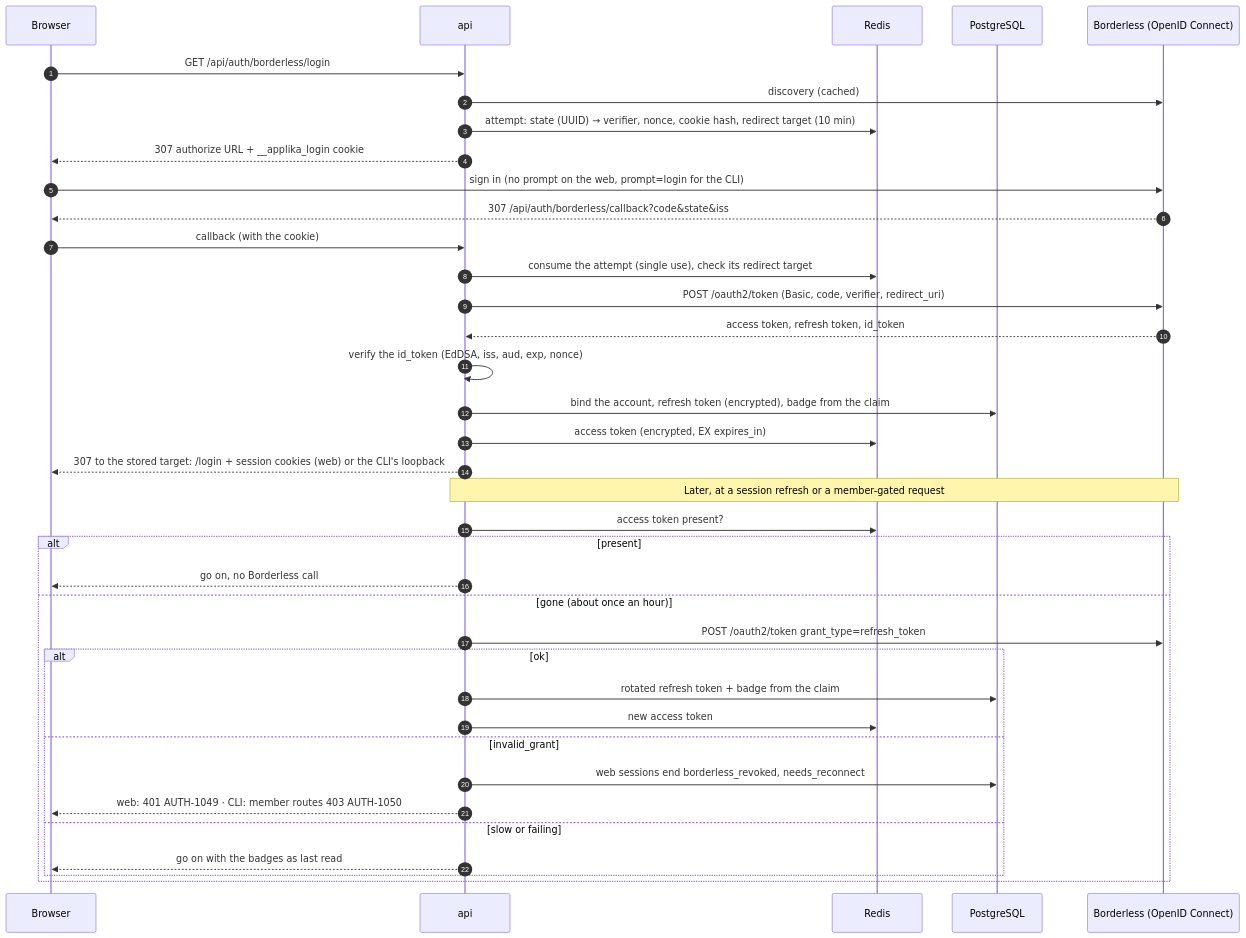
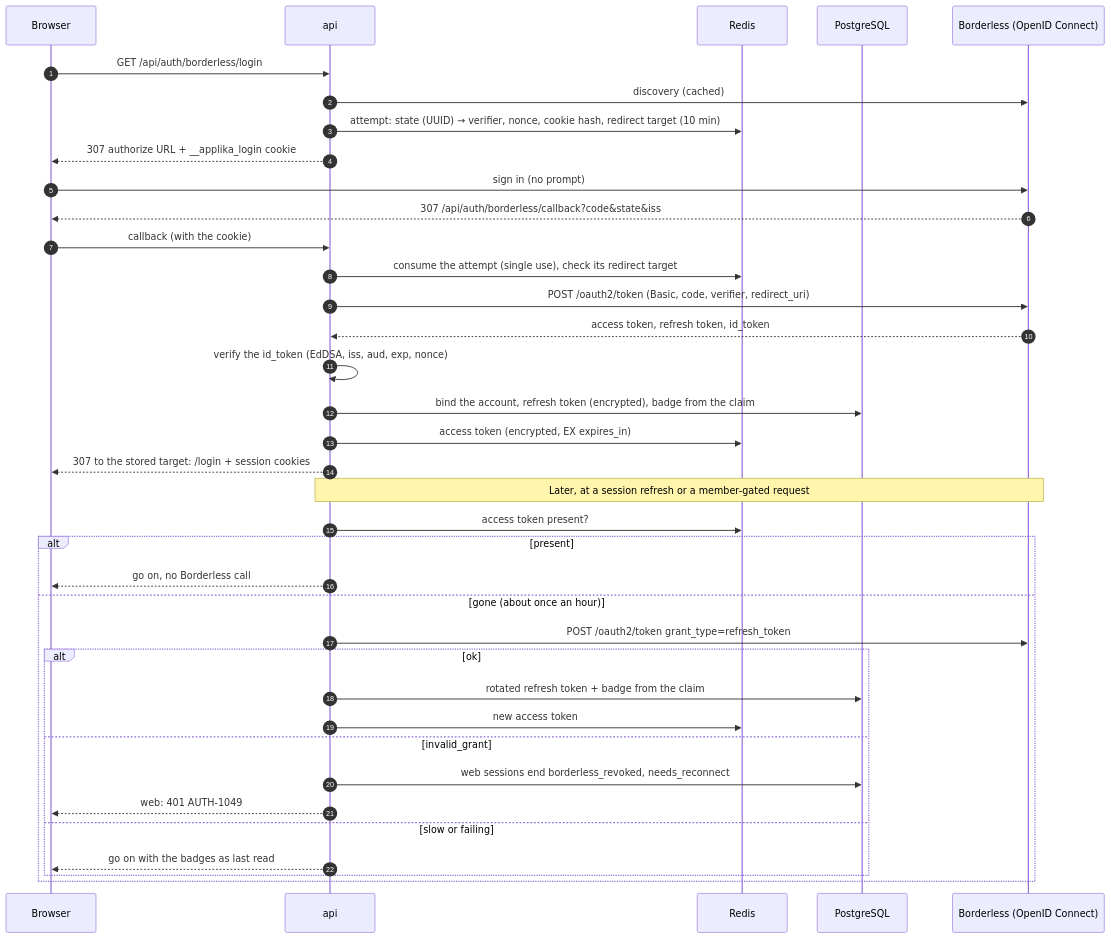
Before and after one commit to BorderlessCodingHub/applika: diagram 11 of 12 in docs/infrastructure.md, drawn with Mermaid. The commit also changed other lines of this file and 73 other files, not shown here.

````diff
--- a/docs/infrastructure.md
+++ b/docs/infrastructure.md
@@ -542,41 +538,41 @@
 ```mermaid
 sequenceDiagram
     autonumber
     participant B as Browser
     participant A as api
     participant R as Redis
     participant P as PostgreSQL
     participant BL as Borderless (OpenID Connect)
 
     B->>A: GET /api/auth/borderless/login
     A->>BL: discovery (cached)
     A->>R: attempt: state (UUID) → verifier, nonce, cookie hash, redirect target (10 min)
     A-->>B: 307 authorize URL + __applika_login cookie
-    B->>BL: sign in (no prompt on the web, prompt=login for the CLI)
+    B->>BL: sign in (no prompt)
     BL-->>B: 307 /api/auth/borderless/callback?code&state&iss
     B->>A: callback (with the cookie)
     A->>R: consume the attempt (single use), check its redirect target
     A->>BL: POST /oauth2/token (Basic, code, verifier, redirect_uri)
     BL-->>A: access token, refresh token, id_token
     A->>A: verify the id_token (EdDSA, iss, aud, exp, nonce)
     A->>P: bind the account, refresh token (encrypted), badge from the claim
     A->>R: access token (encrypted, EX expires_in)
-    A-->>B: 307 to the stored target: /login + session cookies (web) or the CLI's loopback
+    A-->>B: 307 to the stored target: /login + session cookies
 
     Note over A,BL: Later, at a session refresh or a member-gated request
     A->>R: access token present?
     alt present
         A-->>B: go on, no Borderless call
     else gone (about once an hour)
         A->>BL: POST /oauth2/token grant_type=refresh_token
         alt ok
             A->>P: rotated refresh token + badge from the claim
             A->>R: new access token
         else invalid_grant
             A->>P: web sessions end borderless_revoked, needs_reconnect
-            A-->>B: web: 401 AUTH-1049 · CLI: member routes 403 AUTH-1050
+            A-->>B: web: 401 AUTH-1049
         else slow or failing
             A-->>B: go on with the badges as last read
         end
     end
 ```
````
